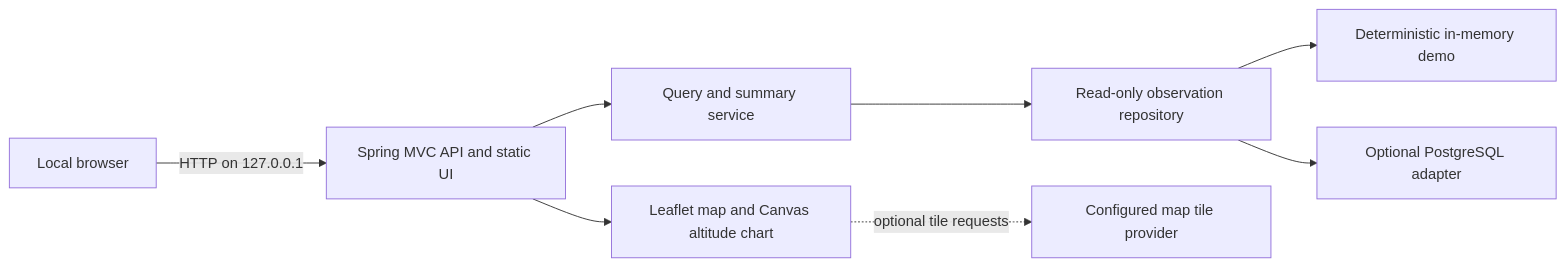
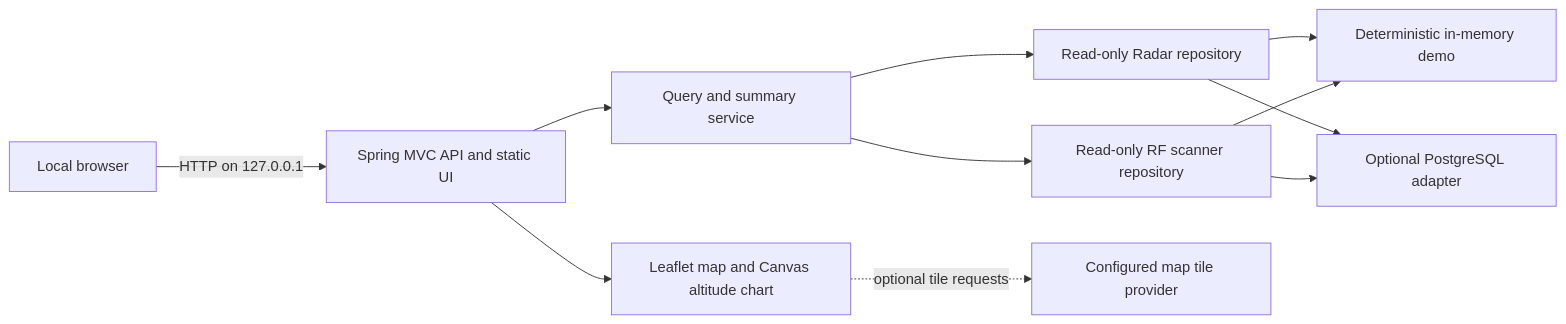
The first of 2 diagrams in docs/ARCHITECTURE.md (krait4g/radar-correction-explorer), drawn with Mermaid before and after one commit. The commit also changed other lines of this file and 29 other files, not shown here.

Commit message:
feat: visualize radar and RF scanner observations (#3)

````diff
--- a/docs/ARCHITECTURE.md
+++ b/docs/ARCHITECTURE.md
@@ -11,10 +11,13 @@
 ```mermaid
 flowchart LR
     U["Local browser"] -->|"HTTP on 127.0.0.1"| W["Spring MVC API and static UI"]
     W --> S["Query and summary service"]
-    S --> R["Read-only observation repository"]
+    S --> R["Read-only Radar repository"]
+    S --> F["Read-only RF scanner repository"]
     R --> D["Deterministic in-memory demo"]
+    F --> D
     R --> P["Optional PostgreSQL adapter"]
+    F --> P
     W --> M["Leaflet map and Canvas altitude chart"]
     M -.->|"optional tile requests"| T["Configured map tile provider"]
 ```
````
